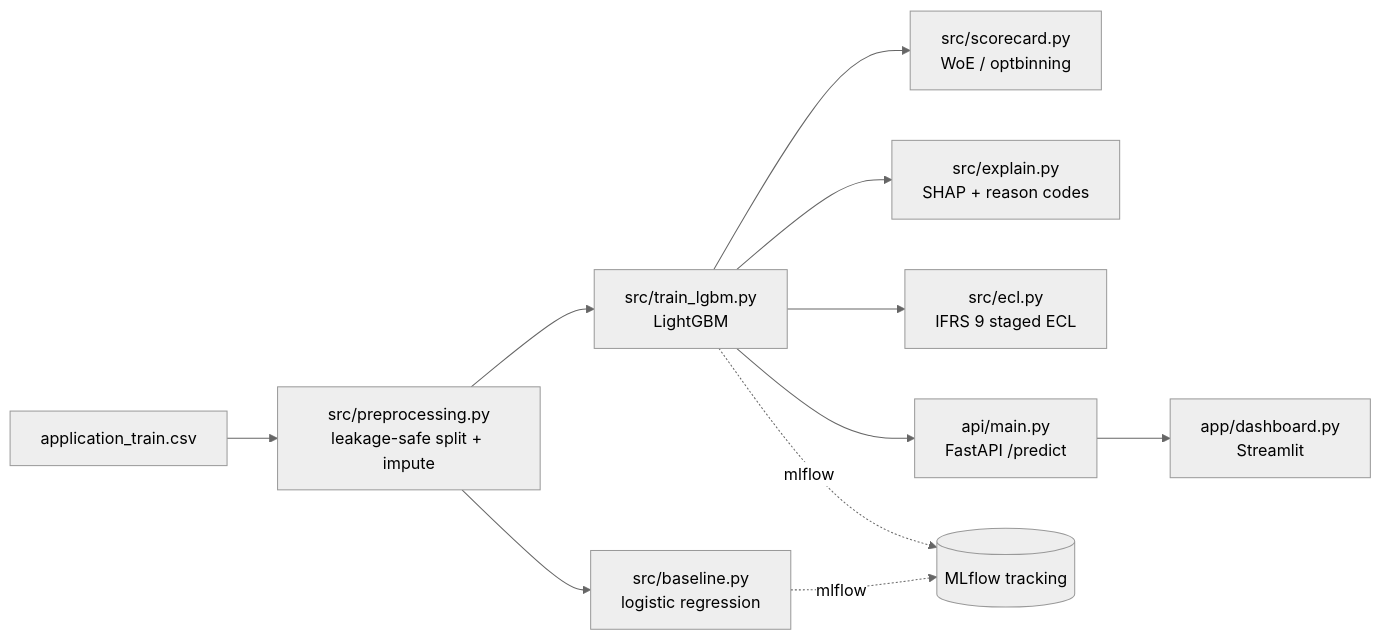
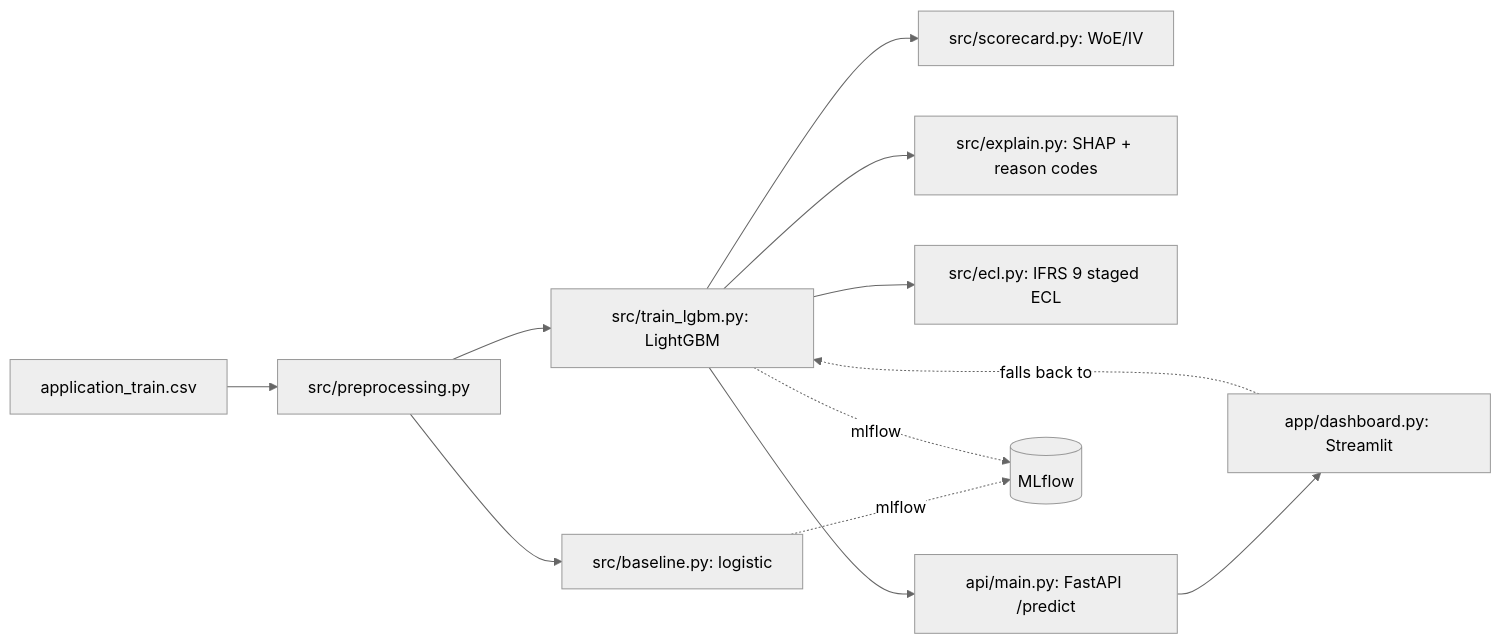
One commit to Aakashanil67/credit-risk-ifrs9-engine changed the diagram in README.md. Above: the diagram before and after it, drawn with Mermaid (neutral theme). The commit also changed other lines of this file, not shown here.

````diff
--- a/README.md
+++ b/README.md
@@ -11,13 +78,14 @@
 ```mermaid
 flowchart LR
-    A[application_train.csv] --> B[src/preprocessing.py\nleakage-safe split + impute]
-    B --> C[src/baseline.py\nlogistic regression]
-    B --> D[src/train_lgbm.py\nLightGBM]
-    D --> E[src/scorecard.py\nWoE / optbinning]
-    D --> F[src/explain.py\nSHAP + reason codes]
-    D --> G[src/ecl.py\nIFRS 9 staged ECL]
-    D --> H[api/main.py\nFastAPI /predict]
-    H --> I[app/dashboard.py\nStreamlit]
-    C -.mlflow.-> J[(MLflow tracking)]
+    A[application_train.csv] --> B[src/preprocessing.py]
+    B --> C[src/baseline.py: logistic]
+    B --> D[src/train_lgbm.py: LightGBM]
+    D --> E[src/scorecard.py: WoE/IV]
+    D --> F[src/explain.py: SHAP + reason codes]
+    D --> G[src/ecl.py: IFRS 9 staged ECL]
+    D --> H[api/main.py: FastAPI /predict]
+    H --> I[app/dashboard.py: Streamlit]
+    I -. falls back to .-> D
+    C -.mlflow.-> J[(MLflow)]
     D -.mlflow.-> J
 ```
````
